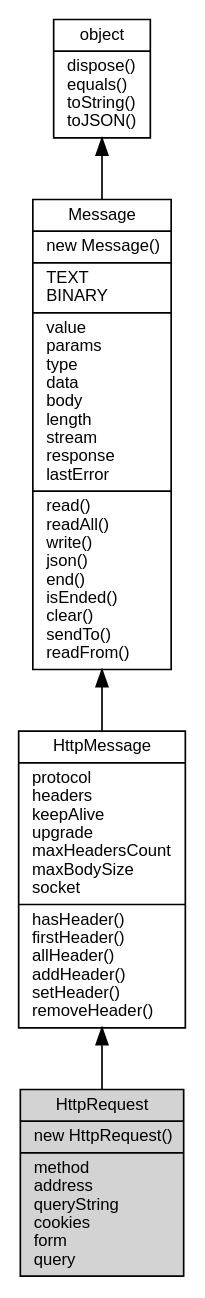
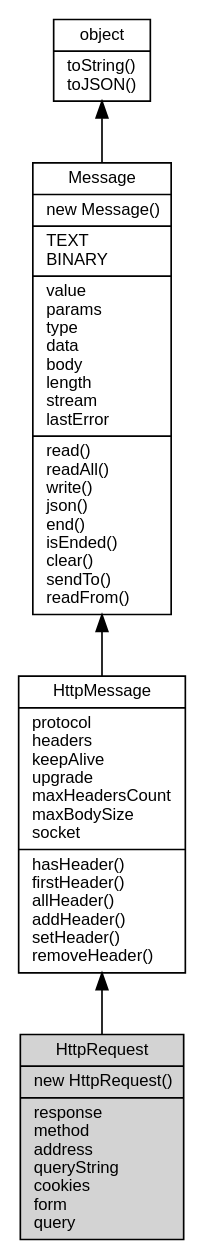
Before and after one commit to asionius/fibjs-ceph: the diagram in docs/object/ifs/HttpRequest.md, drawn with Graphviz. The commit also changed other lines of this file and 138 other files, not shown here.

````diff
--- a/docs/object/ifs/HttpRequest.md
+++ b/docs/object/ifs/HttpRequest.md
@@ -5,14 +5,14 @@
 ```dot
 digraph {
     node [fontname="Helvetica,sans-Serif", fontsize=10, shape="record", style="filled", fillcolor="white"];
 
-    object [tooltip="object", URL="object.md", label="{object|dispose()\lequals()\ltoString()\ltoJSON()\l}"];
-    Message [tooltip="Message", URL="Message.md", label="{Message|new Message()\l|TEXT\lBINARY\l|value\lparams\ltype\ldata\lbody\llength\lstream\lresponse\llastError\l|read()\lreadAll()\lwrite()\ljson()\lend()\lisEnded()\lclear()\lsendTo()\lreadFrom()\l}"];
+    object [tooltip="object", URL="object.md", label="{object|toString()\ltoJSON()\l}"];
+    Message [tooltip="Message", URL="Message.md", label="{Message|new Message()\l|TEXT\lBINARY\l|value\lparams\ltype\ldata\lbody\llength\lstream\llastError\l|read()\lreadAll()\lwrite()\ljson()\lend()\lisEnded()\lclear()\lsendTo()\lreadFrom()\l}"];
     HttpMessage [tooltip="HttpMessage", URL="HttpMessage.md", label="{HttpMessage|protocol\lheaders\lkeepAlive\lupgrade\lmaxHeadersCount\lmaxBodySize\lsocket\l|hasHeader()\lfirstHeader()\lallHeader()\laddHeader()\lsetHeader()\lremoveHeader()\l}"];
-    HttpRequest [tooltip="HttpRequest", fillcolor="lightgray", label="{HttpRequest|new HttpRequest()\l|method\laddress\lqueryString\lcookies\lform\lquery\l}"];
+    HttpRequest [tooltip="HttpRequest", fillcolor="lightgray", id="me", label="{HttpRequest|new HttpRequest()\l|response\lmethod\laddress\lqueryString\lcookies\lform\lquery\l}"];
 
     object -> Message [dir=back];
     Message -> HttpMessage [dir=back];
     HttpMessage -> HttpRequest [dir=back];
 }
 ```
````
